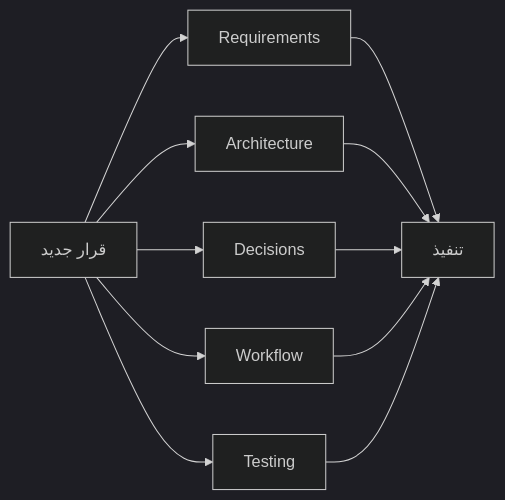
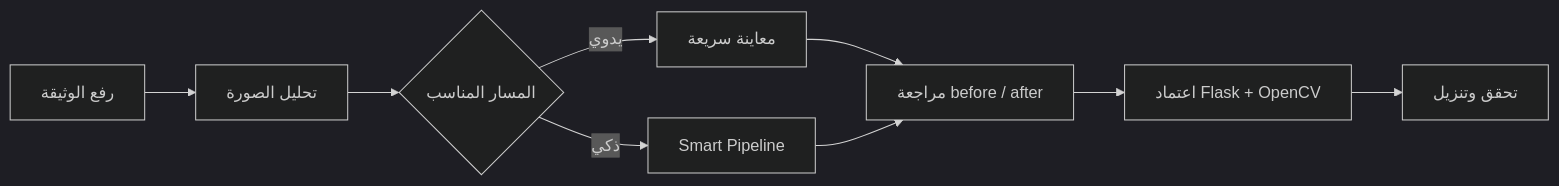
One commit to Alhareith/manuscript-doctor changed the first of 3 diagrams in docs/README.md. Above: the diagram before and after it, drawn with Mermaid (dark theme). The commit also changed other lines of this file and 168 other files, not shown here.

````diff
--- a/docs/README.md
+++ b/docs/README.md
@@ -159,15 +50,11 @@
 ```mermaid
 flowchart LR
-
-    A["قرار جديد"] --> B["Requirements"]
-    A --> C["Architecture"]
-    A --> D["Decisions"]
-    A --> E["Workflow"]
-    A --> F["Testing"]
-
-    B --> G["تنفيذ"]
-    C --> G
-    D --> G
-    E --> G
-    F --> G
+    A["رفع الوثيقة"] --> B["تحليل الصورة"]
+    B --> C{"المسار المناسب"}
+    C -->|"يدوي"| D["معاينة سريعة"]
+    C -->|"ذكي"| E["Smart Pipeline"]
+    D --> F["مراجعة before / after"]
+    E --> F
+    F --> G["اعتماد Flask + OpenCV"]
+    G --> H["تحقق وتنزيل"]
 ```
````
